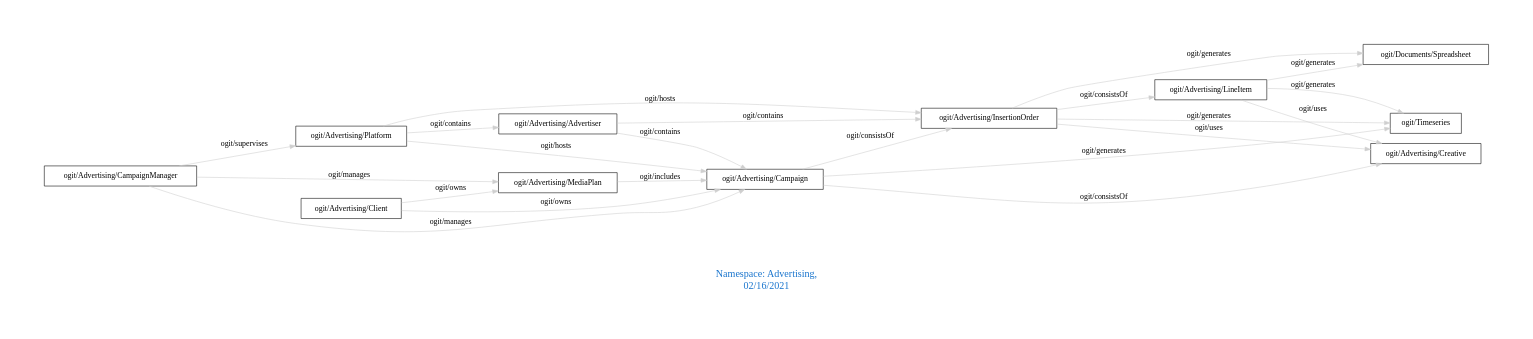
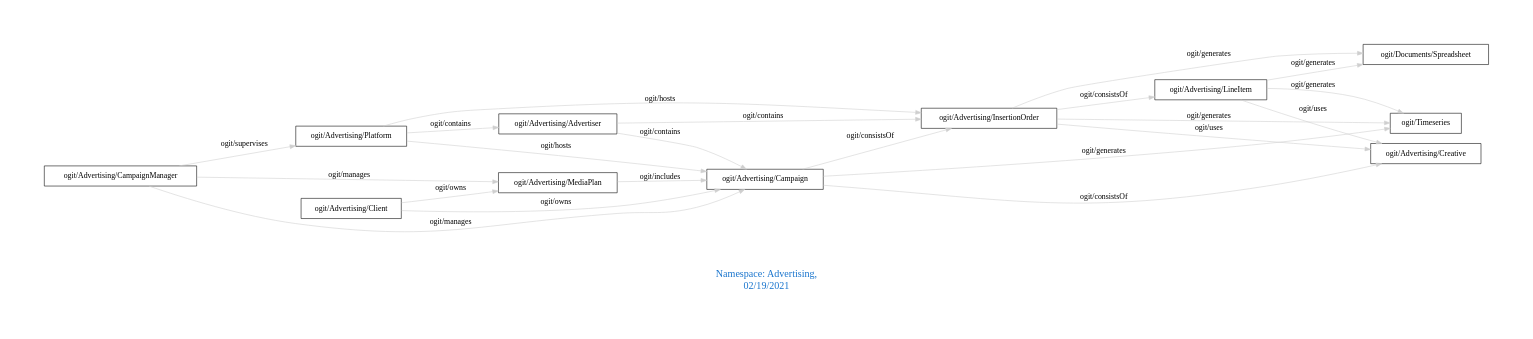
The diagram in downloads/Advertising.dot (arago/OGIT), drawn with Graphviz before and after one commit. The commit also changed 1845 other files, not shown here.

```diff
--- a/downloads/Advertising.dot
+++ b/downloads/Advertising.dot
@@ -1,29 +1,29 @@
 digraph OGIT_ontology {
  graph [ rankdir= LR,pad=1 
 fontsize = 18,
-fontcolor= dodgerblue3,label = "\n\n\nNamespace: Advertising, \n 02/16/2021"];
+fontcolor= dodgerblue3,label = "\n\n\nNamespace: Advertising, \n 02/19/2021"];
 node[shape=polygon];
 edge [  color="gray81"];
 
    "ogit/Advertising/Advertiser" -> "ogit/Advertising/Campaign" [label="   ogit/contains    "];
    "ogit/Advertising/Advertiser" -> "ogit/Advertising/InsertionOrder" [label="   ogit/contains    "];
    "ogit/Advertising/Platform" -> "ogit/Advertising/Advertiser" [label="   ogit/contains    "];
    "ogit/Advertising/CampaignManager" -> "ogit/Advertising/MediaPlan" [label="   ogit/manages    "];
    "ogit/Advertising/CampaignManager" -> "ogit/Advertising/Campaign" [label="   ogit/manages    "];
    "ogit/Advertising/Platform" -> "ogit/Advertising/Campaign" [label="   ogit/hosts    "];
    "ogit/Advertising/Platform" -> "ogit/Advertising/InsertionOrder" [label="   ogit/hosts    "];
    "ogit/Advertising/CampaignManager" -> "ogit/Advertising/Platform" [label="   ogit/supervises    "];
    "ogit/Advertising/Campaign" -> "ogit/Timeseries" [label="   ogit/generates    "];
    "ogit/Advertising/InsertionOrder" -> "ogit/Timeseries" [label="   ogit/generates    "];
    "ogit/Advertising/InsertionOrder" -> "ogit/Documents/Spreadsheet" [label="   ogit/generates    "];
    "ogit/Advertising/LineItem" -> "ogit/Timeseries" [label="   ogit/generates    "];
    "ogit/Advertising/LineItem" -> "ogit/Documents/Spreadsheet" [label="   ogit/generates    "];
    "ogit/Advertising/MediaPlan" -> "ogit/Advertising/Campaign" [label="   ogit/includes    "];
    "ogit/Advertising/Client" -> "ogit/Advertising/MediaPlan" [label="   ogit/owns    "];
    "ogit/Advertising/Client" -> "ogit/Advertising/Campaign" [label="   ogit/owns    "];
    "ogit/Advertising/InsertionOrder" -> "ogit/Advertising/Creative" [label="   ogit/uses    "];
    "ogit/Advertising/LineItem" -> "ogit/Advertising/Creative" [label="   ogit/uses    "];
    "ogit/Advertising/Campaign" -> "ogit/Advertising/InsertionOrder" [label="   ogit/consistsOf    "];
    "ogit/Advertising/Campaign" -> "ogit/Advertising/Creative" [label="   ogit/consistsOf    "];
    "ogit/Advertising/InsertionOrder" -> "ogit/Advertising/LineItem" [label="   ogit/consistsOf    "];
 }
```
